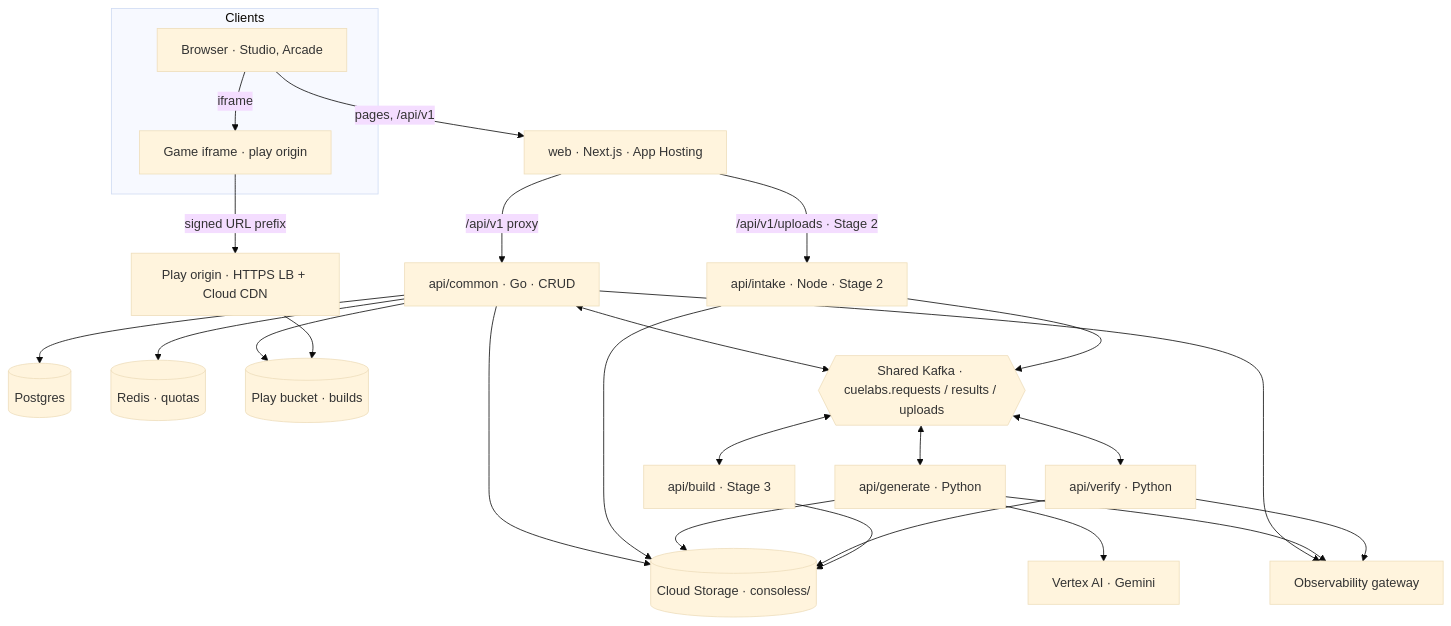
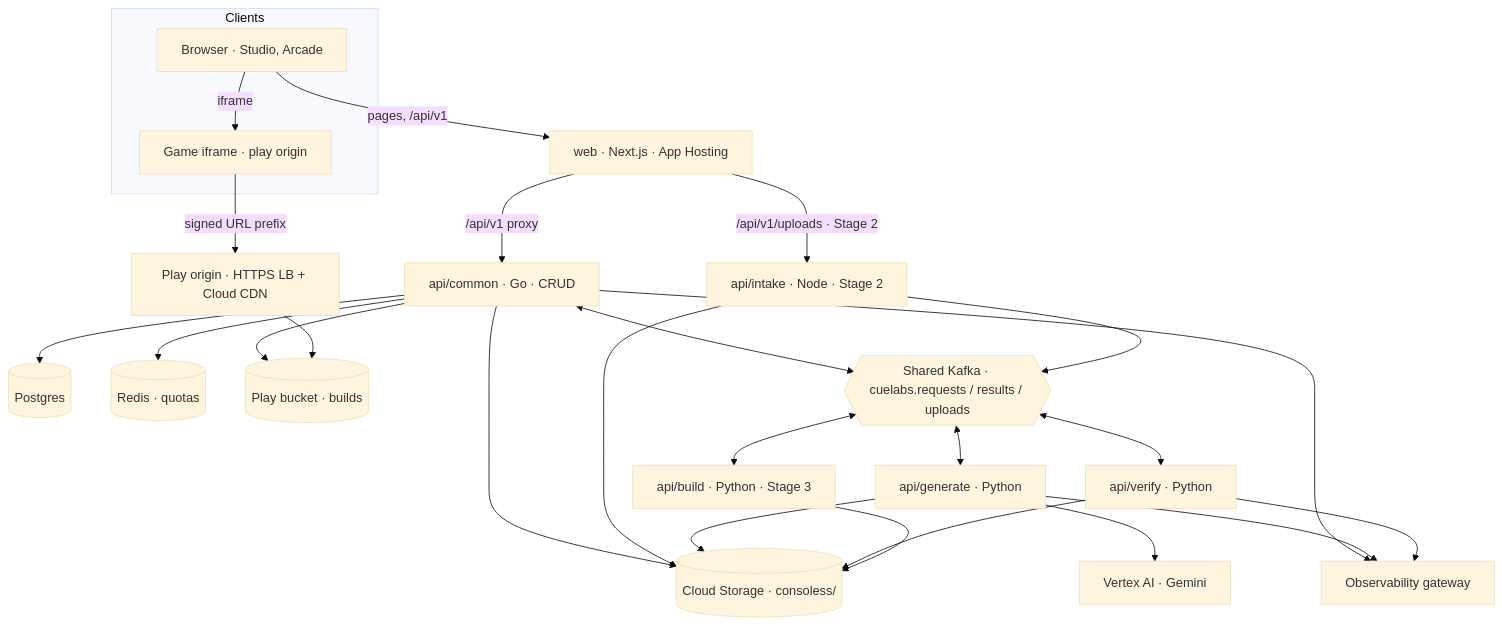
The first of 4 diagrams in docs/system-design.md (cuesoftinc/consoless), drawn with Mermaid (base theme) before and after one commit. The commit also changed other lines of this file and 5 other files, not shown here.

````diff
--- a/docs/system-design.md
+++ b/docs/system-design.md
@@ -70,40 +70,40 @@
 ```mermaid
 flowchart TB
   subgraph Clients
     browser[Browser · Studio, Arcade]
     player[Game iframe · play origin]
   end
   web[web · Next.js · App Hosting]
   cdn[Play origin · HTTPS LB + Cloud CDN]
   browser -->|pages, /api/v1| web
   browser -->|iframe| player
   player -->|signed URL prefix| cdn
   web -->|/api/v1 proxy| common
   web -->|/api/v1/uploads · Stage 2| intake
   common[api/common · Go · CRUD]
   intake[api/intake · Node · Stage 2]
   pg[(Postgres)]
   redis[(Redis · quotas)]
   gcs[(Cloud Storage · consoless/)]
   play[(Play bucket · builds)]
   common --> pg
   common --> redis
   common --> gcs
   common --> play
   cdn --> play
   intake --> gcs
   kafka{{Shared Kafka · cuelabs.requests / results / uploads}}
   common <--> kafka
   intake --> kafka
   generate[api/generate · Python]
   verify[api/verify · Python]
-  build[api/build · Stage 3]
+  build[api/build · Python · Stage 3]
   kafka <--> generate
   kafka <--> verify
   kafka <--> build
   generate --> vertex[Vertex AI · Gemini]
   generate --> gcs
   verify --> gcs
   build --> gcs
   common & generate & verify --> otel[Observability gateway]
 ```
````
